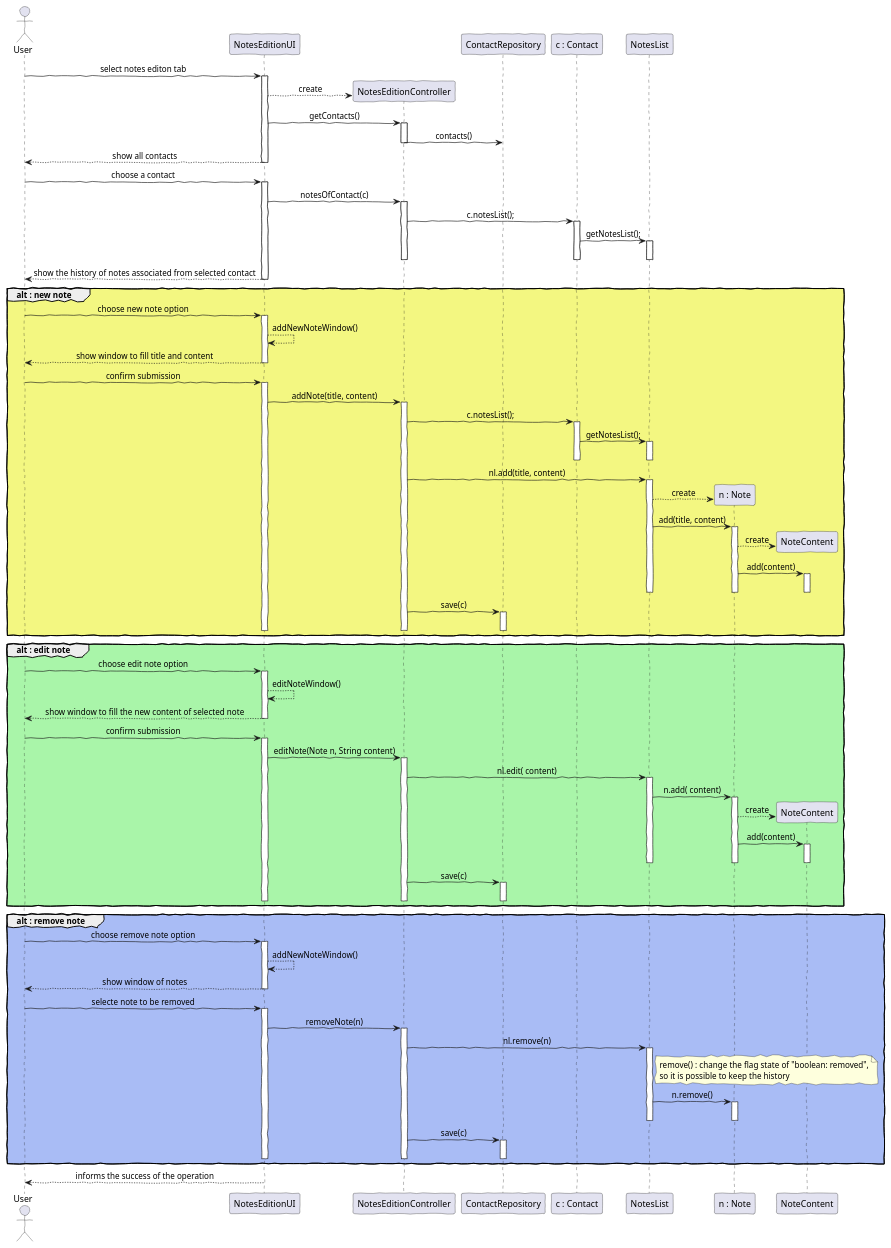
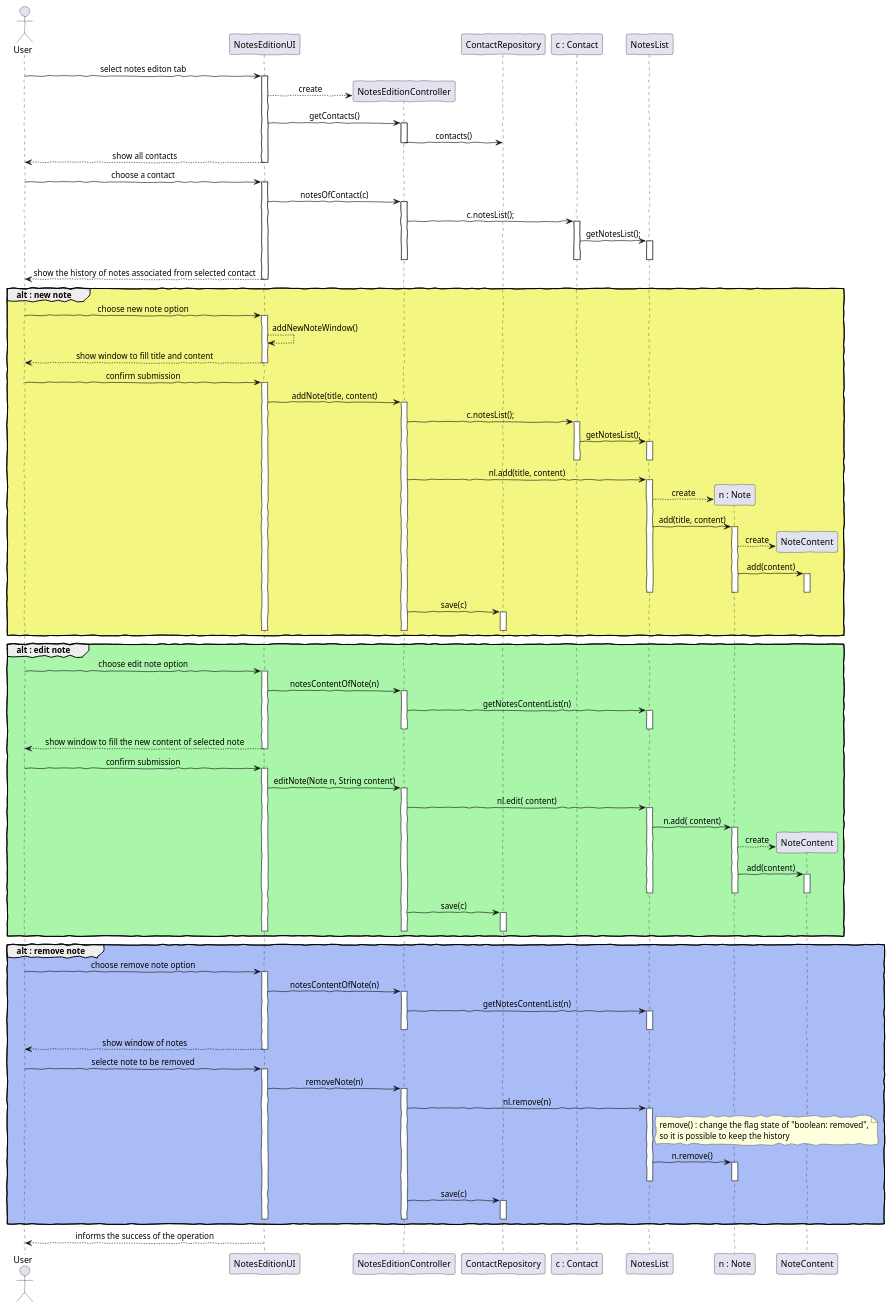
The diagram in src/main/java/lapr4/blue/s3/core/n1060503/notes/sd_notes_edition.puml (MikeTekOn/lapr4-2017-2dd), drawn with PlantUML before and after one commit. The commit also changed 13 other files, not shown here.

```diff
--- a/src/main/java/lapr4/blue/s3/core/n1060503/notes/sd_notes_edition.puml
+++ b/src/main/java/lapr4/blue/s3/core/n1060503/notes/sd_notes_edition.puml
@@ -1,138 +1,148 @@
 @startuml sd_notes_edition.png
 skinparam handwritten true
 skinparam packageStyle rect
 skinparam defaultFontName FG Virgil
 skinparam shadowing false 
 skinparam SequenceMessageAlign center
 
 actor User 
 participant "NotesEditionUI" as UI
 participant "NotesEditionController" as CTRL
 participant "ContactRepository" as CR
 participant "c : Contact" as C
 participant "NotesList" as NL
 participant "n : Note" as N
 participant "NoteContent" as NC
 
 
 User -> UI : select notes editon tab
 activate UI
 create CTRL
 UI --> CTRL : create
 UI -> CTRL : getContacts()
 activate CTRL
 CTRL -> CR : contacts()
 deactivate CTRL
 UI --> User : show all contacts
 deactivate UI
 User -> UI : choose a contact
 activate UI
 
 
 UI -> CTRL : notesOfContact(c)
 activate CTRL
 CTRL -> C : c.notesList();
 activate C
 C ->  NL : getNotesList();
 activate NL
 deactivate C
 deactivate NL
 deactivate CTRL
 
 UI --> User : show the history of notes associated from selected contact
 deactivate UI
 
 group #F3F781 alt : new note
 User -> UI : choose new note option
 activate UI
 UI --> UI : addNewNoteWindow()
 UI --> User : show window to fill title and content
 deactivate UI
 User -> UI : confirm submission
 activate UI
 UI -> CTRL : addNote(title, content)
 activate CTRL
 CTRL -> C : c.notesList();
 activate C
 C ->  NL : getNotesList();
 activate NL
 deactivate NL
 deactivate C
 CTRL -> NL : nl.add(title, content)
 activate NL
 create N
 NL --> N : create 
 NL -> N : add(title, content) 
 activate N
 create NC
 N --> NC : create
 N -> NC : add(content)
 activate NC
 deactivate NC
 deactivate N
 deactivate NL
 CTRL -> CR : save(c)
 activate CR
 deactivate CR
 deactivate CTRL
 deactivate UI
 end group
 
 group #A9F5A9 alt : edit note
 User -> UI : choose edit note option
 activate UI
-UI --> UI : editNoteWindow()
+UI -> CTRL : notesContentOfNote(n)
+activate CTRL
+CTRL -> NL : getNotesContentList(n)
+activate NL
+deactivate NL
+deactivate CTRL
 UI --> User : show window to fill the new content of selected note
 deactivate UI
 User -> UI : confirm submission
 activate UI
 UI -> CTRL : editNote(Note n, String content)
 activate CTRL
 
 CTRL -> NL : nl.edit( content)
 activate NL
 NL -> N : n.add( content) 
 activate N
 create NC
 N --> NC : create
 N -> NC : add(content)
 activate NC
 deactivate NC
 deactivate N
 deactivate NL
 CTRL -> CR : save(c)
 activate CR
 deactivate CR
 deactivate CTRL
 deactivate UI
 end group
 
 group #A9BCF5 alt : remove note
 User -> UI : choose remove note option
 activate UI
-UI --> UI : addNewNoteWindow()
+UI -> CTRL : notesContentOfNote(n)
+activate CTRL
+CTRL -> NL : getNotesContentList(n)
+activate NL
+deactivate NL
+deactivate CTRL
 UI --> User : show window of notes
 deactivate UI
 User -> UI : selecte note to be removed
 activate UI
 UI -> CTRL : removeNote(n)
 activate CTRL
 CTRL -> NL : nl.remove(n)
 activate NL
 note right of NL
     remove() : change the flag state of "boolean: removed",
     so it is possible to keep the history
 end note
 NL -> N : n.remove() 
 activate N
 deactivate N
 deactivate NL
 CTRL -> CR : save(c)
 activate CR
 deactivate CR
 deactivate CTRL
 deactivate UI
 end group
 UI --> User : informs the success of the operation
 
 @enduml
```
